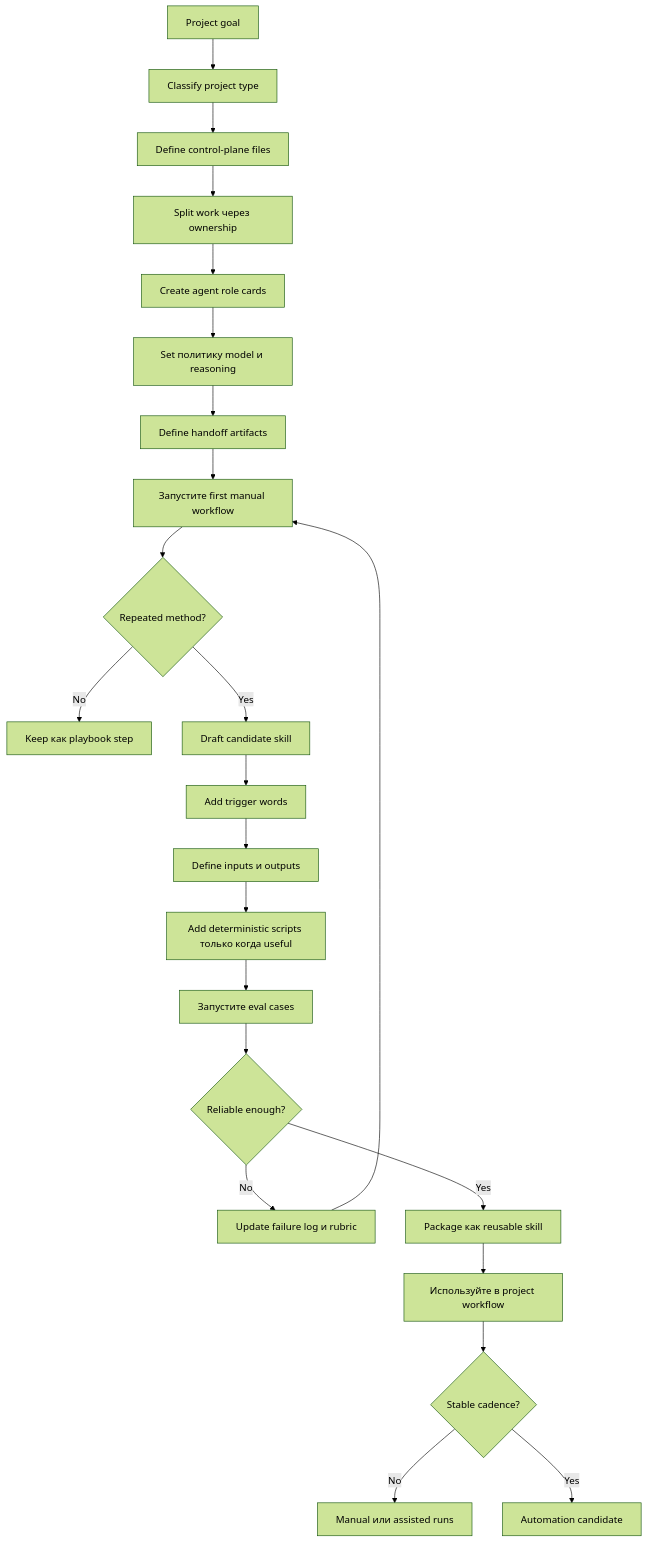
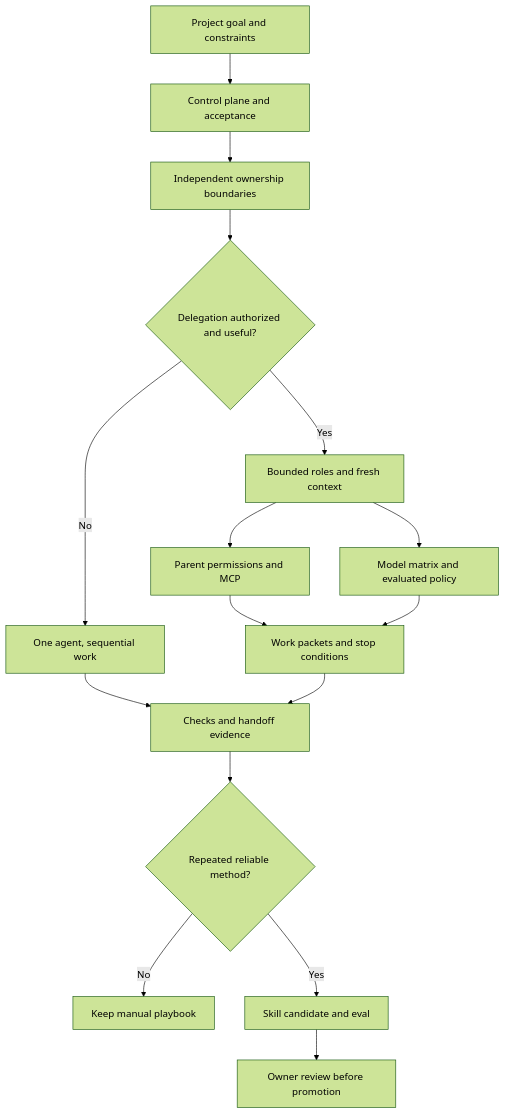
One commit to alexroadcaster/product-agent-os changed the diagram in docs/diagrams/agent-team-and-skills.md. Above: the diagram before and after it, drawn with Mermaid (forest theme). The commit also changed other lines of this file and 122 other files, not shown here.

````diff
--- a/docs/diagrams/agent-team-and-skills.md
+++ b/docs/diagrams/agent-team-and-skills.md
@@ -11,25 +7,18 @@
 ```mermaid
 flowchart TD
-    A["Project goal"] --> B["Classify project type"]
-    B --> C["Define control-plane files"]
-    C --> D["Split work через ownership"]
-    D --> E["Create agent role cards"]
-    E --> MP["Set политику model и reasoning"]
-    MP --> F["Define handoff artifacts"]
-    F --> G["Запустите first manual workflow"]
-    G --> H{"Repeated method?"}
-    H -->|No| I["Keep как playbook step"]
-    H -->|Yes| J["Draft candidate skill"]
-    J --> K["Add trigger words"]
-    K --> L["Define inputs и outputs"]
-    L --> M["Add deterministic scripts только когда useful"]
-    M --> N["Запустите eval cases"]
-    N --> O{"Reliable enough?"}
-    O -->|No| P["Update failure log и rubric"]
-    P --> G
-    O -->|Yes| Q["Package как reusable skill"]
-    Q --> R["Используйте в project workflow"]
-    R --> S{"Stable cadence?"}
-    S -->|No| T["Manual или assisted runs"]
-    S -->|Yes| U["Automation candidate"]
+    A["Project goal and constraints"] --> B["Control plane and acceptance"]
+    B --> C["Independent ownership boundaries"]
+    C --> D{"Delegation authorized and useful?"}
+    D -->|No| E["One agent, sequential work"]
+    D -->|Yes| F["Bounded roles and fresh context"]
+    F --> P["Parent permissions and MCP"]
+    F --> M["Model matrix and evaluated policy"]
+    P --> G["Work packets and stop conditions"]
+    M --> G
+    E --> H["Checks and handoff evidence"]
+    G --> H
+    H --> I{"Repeated reliable method?"}
+    I -->|No| J["Keep manual playbook"]
+    I -->|Yes| K["Skill candidate and eval"]
+    K --> L["Owner review before promotion"]
 ```
````
